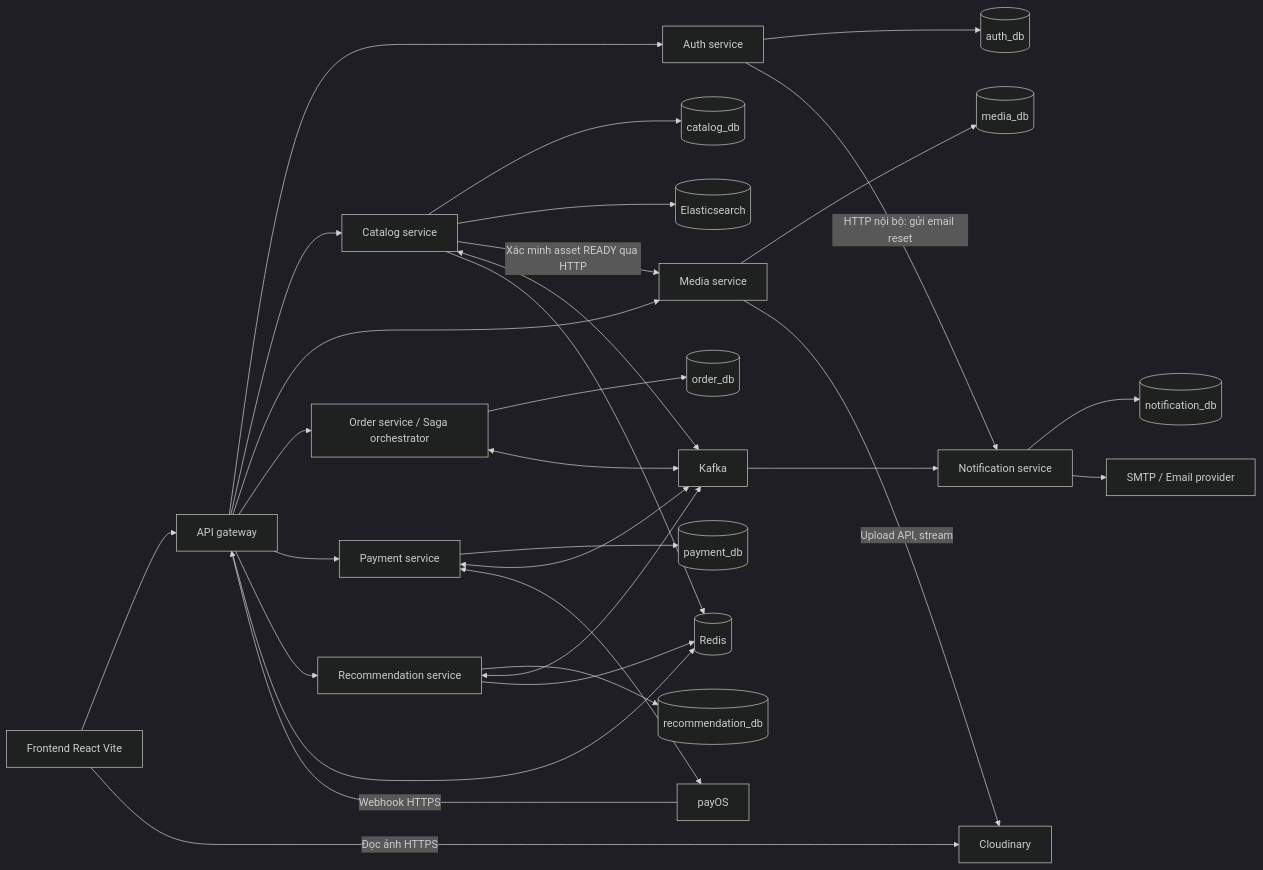
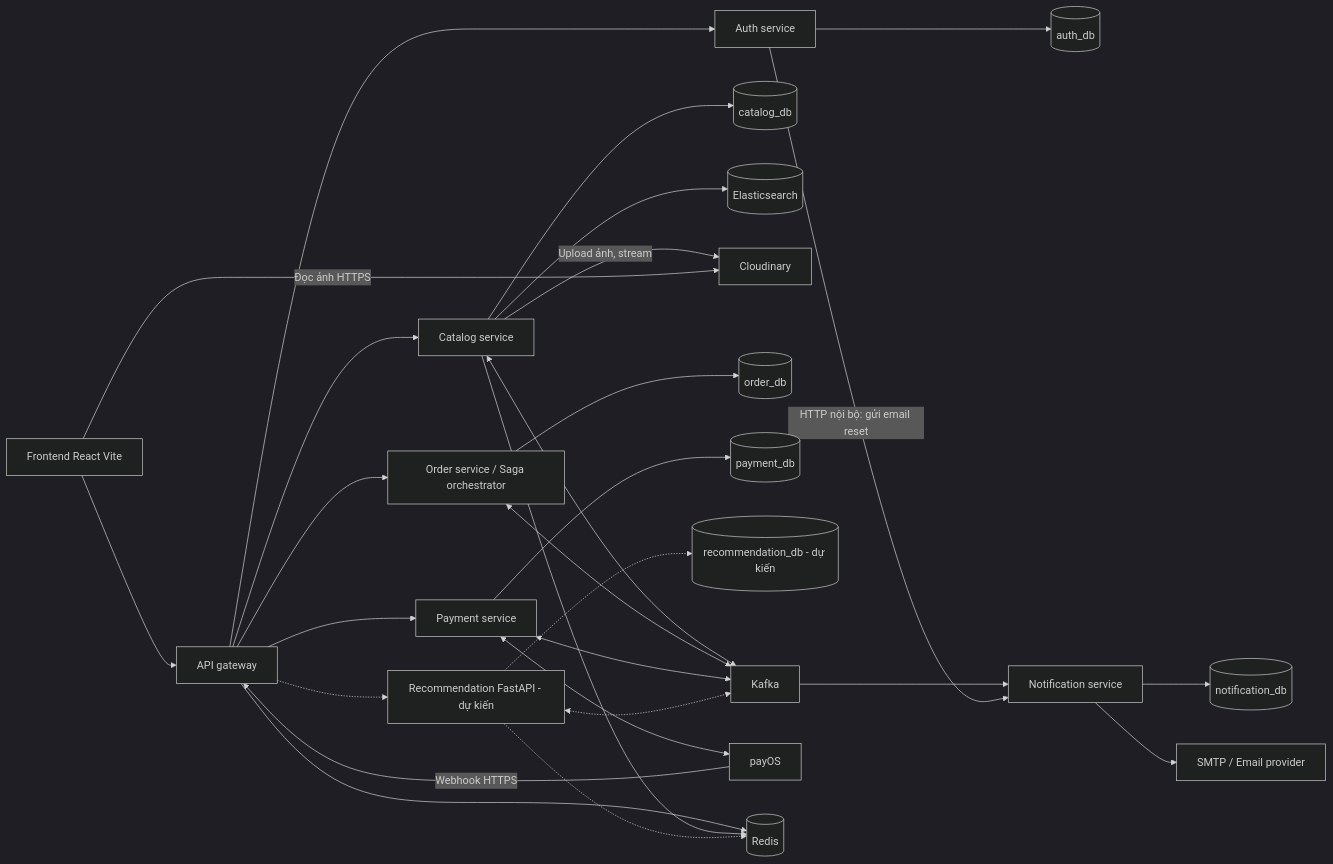
One commit to icurff/Nexora changed the first of 3 diagrams in docs/Folder-ARCHITECTURE.md. Above: the diagram before and after it, drawn with Mermaid (dark theme). The commit also changed other lines of this file and 21 other files, not shown here.

````diff
--- a/docs/Folder-ARCHITECTURE.md
+++ b/docs/Folder-ARCHITECTURE.md
@@ -49,33 +48,30 @@
 ```mermaid
 flowchart LR
     UI[Frontend React Vite] --> GW[API gateway]
     GW --> ID[Auth service]
     GW --> CAT[Catalog service]
-    GW --> MED[Media service]
     GW --> ORD[Order service / Saga orchestrator]
     GW --> PAY[Payment service]
-    GW --> REC[Recommendation service]
+    GW -.-> REC[Recommendation FastAPI - dự kiến]
     ID --> IDDB[(auth_db)]
     CAT --> CATDB[(catalog_db)]
     CAT --> ES[(Elasticsearch)]
-    CAT -->|Xác minh asset READY qua HTTP| MED
-    MED --> MEDDB[(media_db)]
-    MED -->|Upload API, stream| CLOUD[Cloudinary]
+    CAT -->|Upload ảnh, stream| CLOUD[Cloudinary]
     UI -->|Đọc ảnh HTTPS| CLOUD
     ORD --> ORDDB[(order_db)]
     PAY --> PAYDB[(payment_db)]
-    REC --> RECDB[(recommendation_db)]
+    REC -.-> RECDB[(recommendation_db - dự kiến)]
     CAT <--> K[Kafka]
     ORD <--> K
     PAY <--> K
-    REC <--> K
+    REC <-.-> K
     K --> NOT[Notification service]
     NOT --> NOTDB[(notification_db)]
     ID -->|HTTP nội bộ: gửi email reset| NOT
     NOT --> MAIL[SMTP / Email provider]
     PAY <--> PO[payOS]
     PO -->|Webhook HTTPS| GW
     GW --> REDIS[(Redis)]
     CAT --> REDIS
-    REC --> REDIS
+    REC -.-> REDIS
 ```
````
